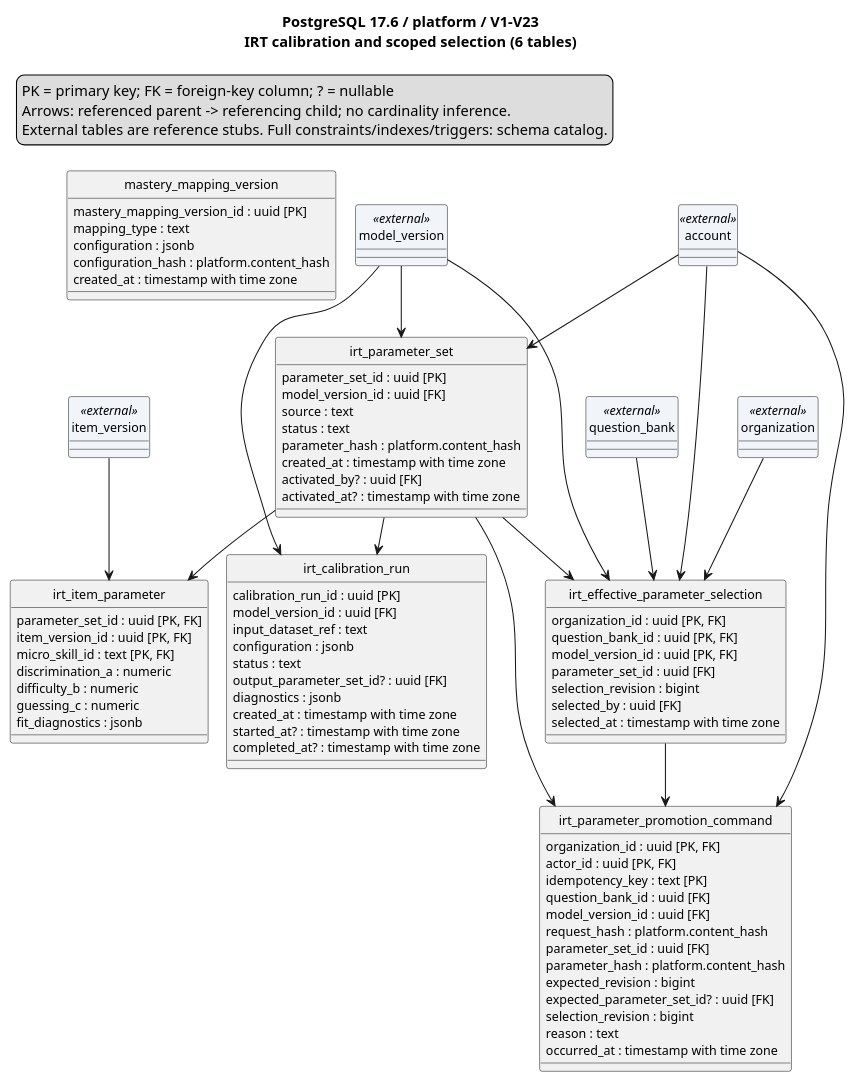
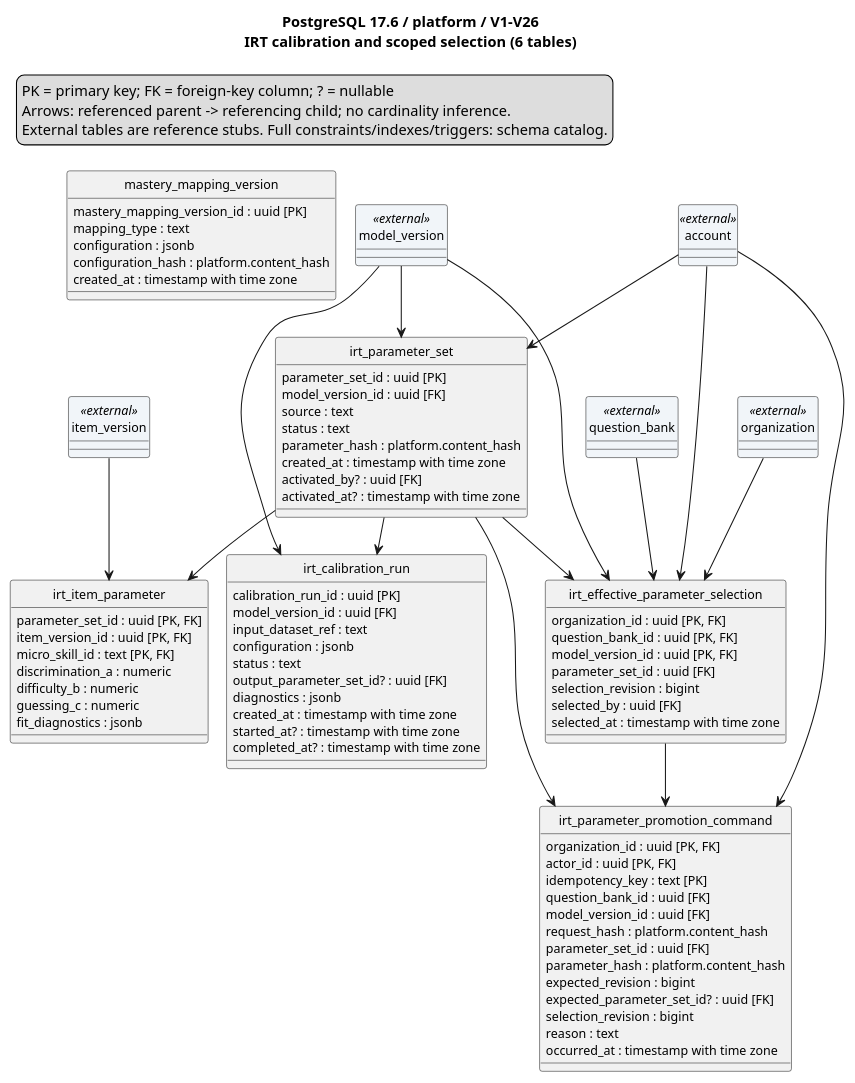
Before and after one commit to SEP490-Fall-2026-GFA26SE64/SEP490: the diagram in documents/diagrams/postgresql-irt.puml, drawn with PlantUML. The commit also changed 28 other files, not shown here.

Commit message:
docs: refresh verified V26 schema and catalog diagrams

```diff
--- a/documents/diagrams/postgresql-irt.puml
+++ b/documents/diagrams/postgresql-irt.puml
@@ -1,96 +1,96 @@
 @startuml
 !pragma layout smetana
 top to bottom direction
 skinparam shadowing false
 hide circle
 skinparam classAttributeIconSize 0
 skinparam defaultFontName SansSerif
 skinparam defaultFontSize 12
-title PostgreSQL 17.6 / platform / V1-V23\nIRT calibration and scoped selection (6 tables)
+title PostgreSQL 17.6 / platform / V1-V26\nIRT calibration and scoped selection (6 tables)
 legend top left
 PK = primary key; FK = foreign-key column; ? = nullable
 Arrows: referenced parent -> referencing child; no cardinality inference.
 External tables are reference stubs. Full constraints/indexes/triggers: schema catalog.
 endlegend
 class mastery_mapping_version {
   mastery_mapping_version_id : uuid [PK]
   mapping_type : text
   configuration : jsonb
   configuration_hash : platform.content_hash
   created_at : timestamp with time zone
 }
 class irt_calibration_run {
   calibration_run_id : uuid [PK]
   model_version_id : uuid [FK]
   input_dataset_ref : text
   configuration : jsonb
   status : text
   output_parameter_set_id? : uuid [FK]
   diagnostics : jsonb
   created_at : timestamp with time zone
   started_at? : timestamp with time zone
   completed_at? : timestamp with time zone
 }
 class irt_parameter_set {
   parameter_set_id : uuid [PK]
   model_version_id : uuid [FK]
   source : text
   status : text
   parameter_hash : platform.content_hash
   created_at : timestamp with time zone
   activated_by? : uuid [FK]
   activated_at? : timestamp with time zone
 }
 class irt_item_parameter {
   parameter_set_id : uuid [PK, FK]
   item_version_id : uuid [PK, FK]
   micro_skill_id : text [PK, FK]
   discrimination_a : numeric
   difficulty_b : numeric
   guessing_c : numeric
   fit_diagnostics : jsonb
 }
 class irt_effective_parameter_selection {
   organization_id : uuid [PK, FK]
   question_bank_id : uuid [PK, FK]
   model_version_id : uuid [PK, FK]
   parameter_set_id : uuid [FK]
   selection_revision : bigint
   selected_by : uuid [FK]
   selected_at : timestamp with time zone
 }
 class irt_parameter_promotion_command {
   organization_id : uuid [PK, FK]
   actor_id : uuid [PK, FK]
   idempotency_key : text [PK]
   question_bank_id : uuid [FK]
   model_version_id : uuid [FK]
   request_hash : platform.content_hash
   parameter_set_id : uuid [FK]
   parameter_hash : platform.content_hash
   expected_revision : bigint
   expected_parameter_set_id? : uuid [FK]
   selection_revision : bigint
   reason : text
   occurred_at : timestamp with time zone
 }
 class account <<external>> #F1F5F9
 class item_version <<external>> #F1F5F9
 class model_version <<external>> #F1F5F9
 class organization <<external>> #F1F5F9
 class question_bank <<external>> #F1F5F9
 account --> irt_effective_parameter_selection
 account --> irt_parameter_promotion_command
 account --> irt_parameter_set
 irt_effective_parameter_selection --> irt_parameter_promotion_command
 irt_parameter_set --> irt_calibration_run
 irt_parameter_set --> irt_effective_parameter_selection
 irt_parameter_set --> irt_item_parameter
 irt_parameter_set --> irt_parameter_promotion_command
 item_version --> irt_item_parameter
 model_version --> irt_calibration_run
 model_version --> irt_effective_parameter_selection
 model_version --> irt_parameter_set
 organization --> irt_effective_parameter_selection
 question_bank --> irt_effective_parameter_selection
 @enduml
```
